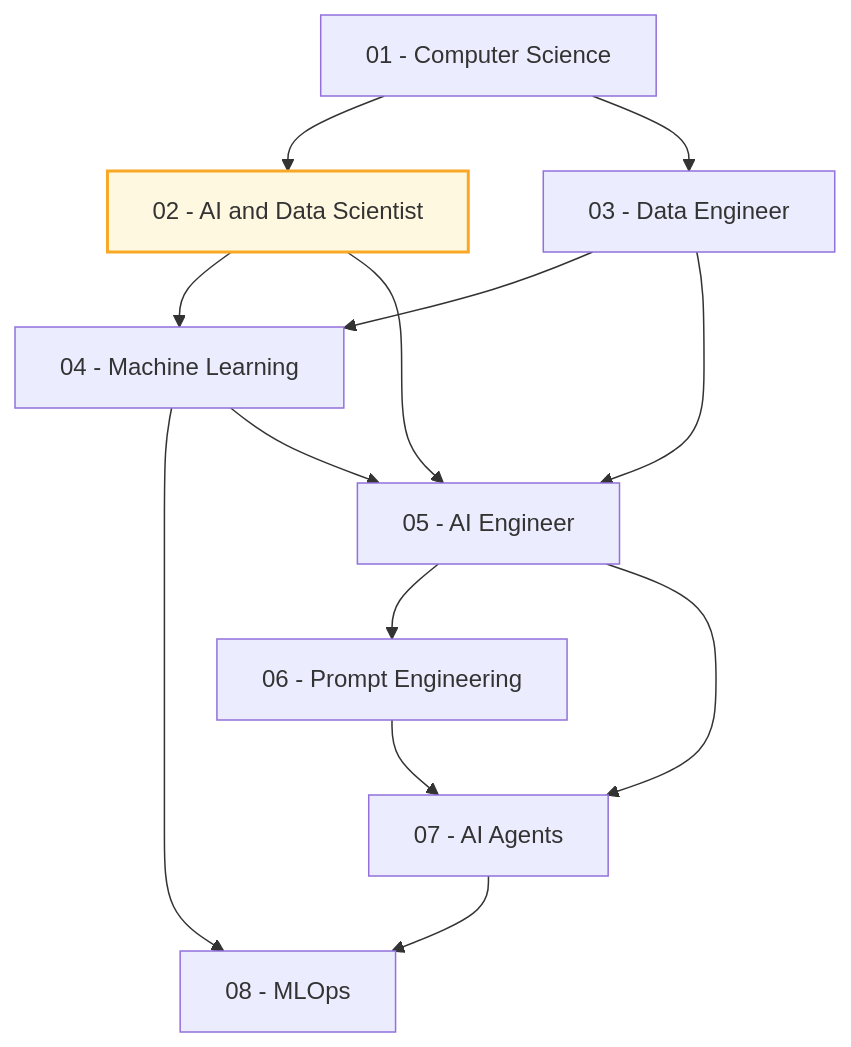
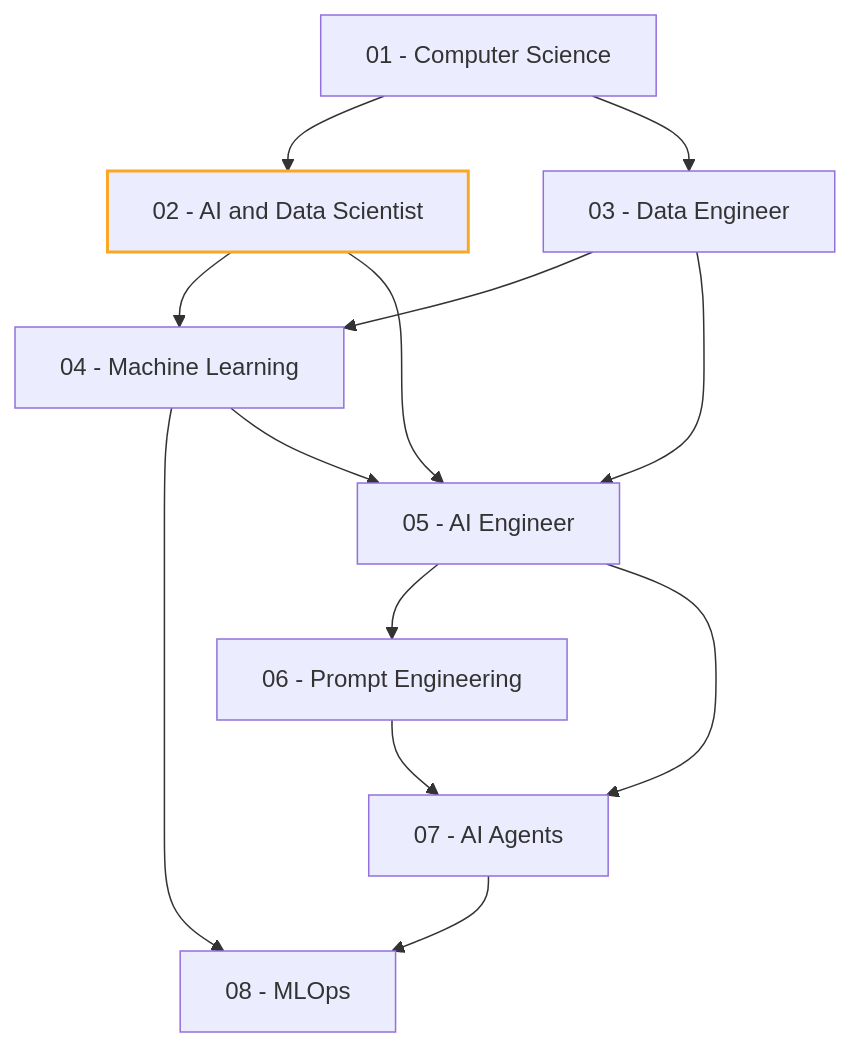
Before and after one commit to floSa/Atlas-Metiers-Roadmaps: the diagram in content/roadmaps/00 - Index — Roadmaps.md, drawn with Mermaid. The commit also changed 28 other files, not shown here.

Commit message:
Schemas lisibles dans les deux themes, et retour au niveau superieur sur toutes les pages

````diff
--- a/content/roadmaps/00 - Index — Roadmaps.md
+++ b/content/roadmaps/00 - Index — Roadmaps.md
@@ -55,17 +55,17 @@
 ```mermaid
 flowchart TD
     CS["01 - Computer Science"] --> DS["02 - AI and Data Scientist"]
     CS --> DE["03 - Data Engineer"]
     DS --> ML["04 - Machine Learning"]
     DE --> ML
     ML --> MLO["08 - MLOps"]
     DS --> AIE["05 - AI Engineer"]
     AIE --> PE["06 - Prompt Engineering"]
     PE --> AG["07 - AI Agents"]
     AIE --> AG
     DE --> AIE
     ML --> AIE
     AG --> MLO
-    classDef pivot fill:#fff8e1,stroke:#f9a825,stroke-width:2px
+    classDef pivot stroke:#f9a825,stroke-width:2px
     class DS pivot
 ```
````
